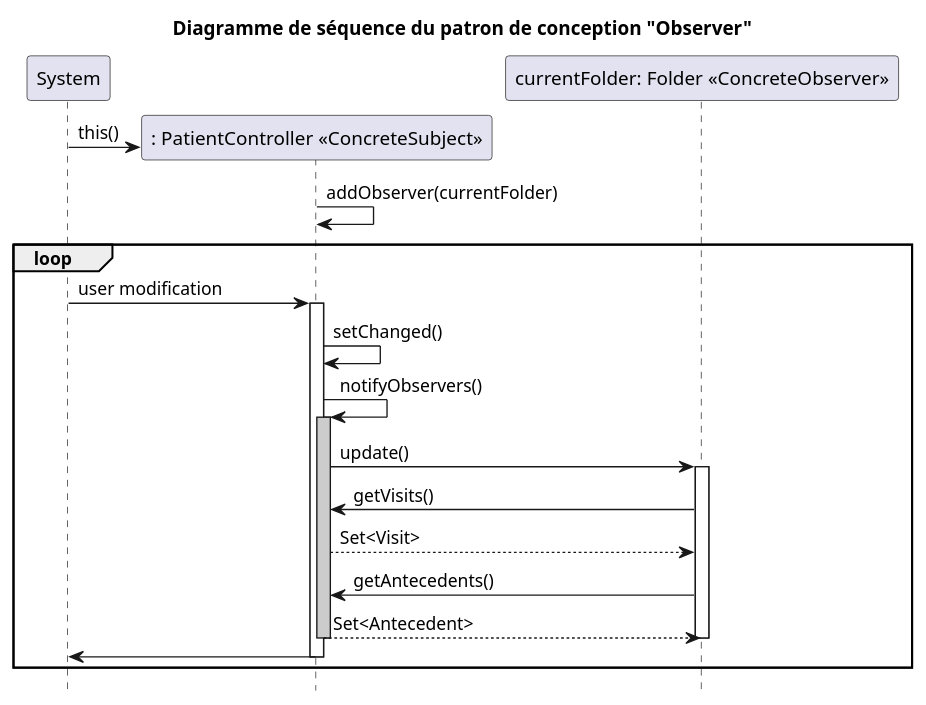
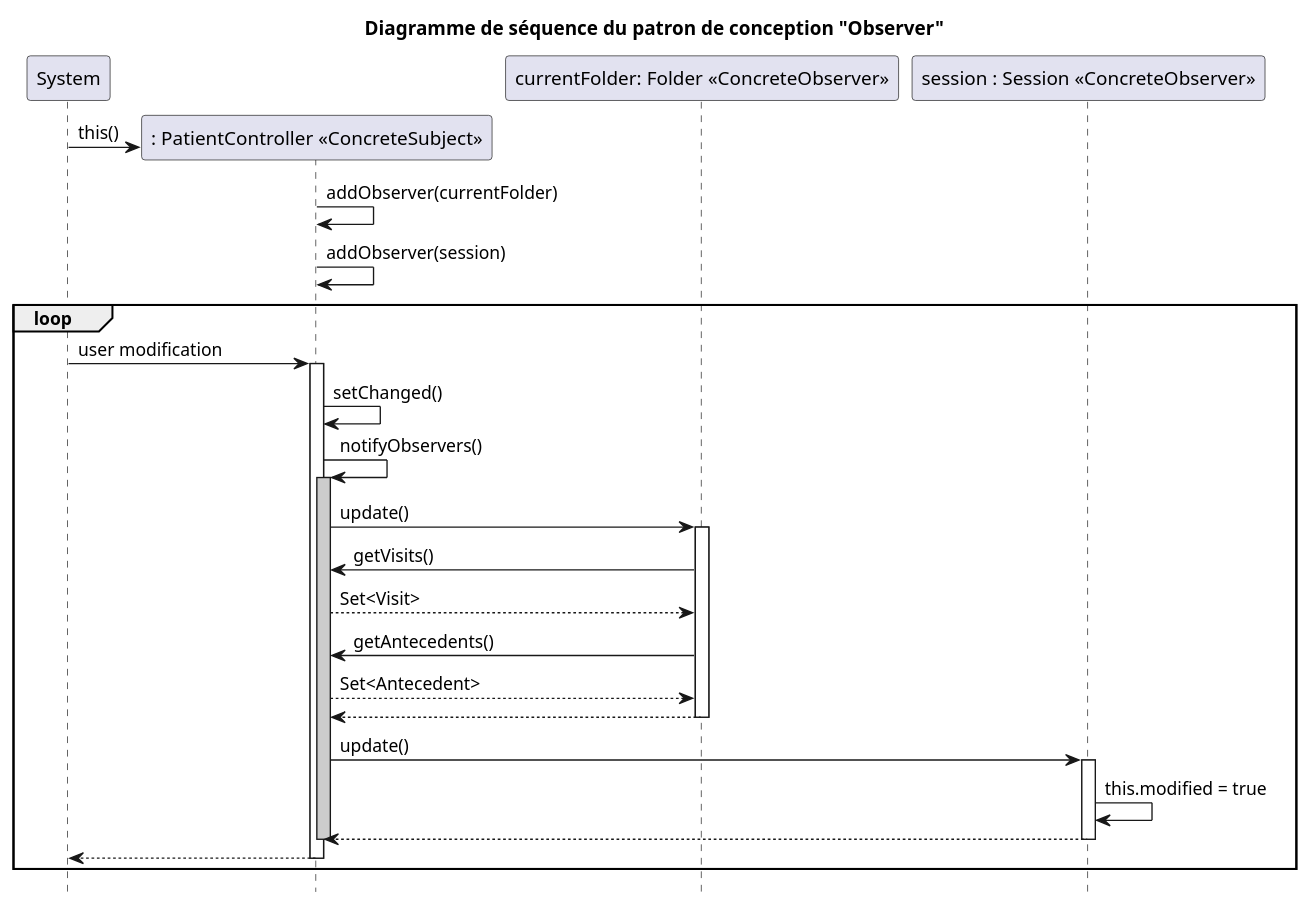
One commit to fethiuqam/INF5153-Projet-Session changed the diagram in models/Diagramme_Pattern/Pattern_observer/sequence_diagram.puml. Above: the diagram before and after it, drawn with PlantUML. The commit also changed 14 other files, not shown here.

Commit message:
mise a jour des diagrammes des patern

```diff
--- a/models/Diagramme_Pattern/Pattern_observer/sequence_diagram.puml
+++ b/models/Diagramme_Pattern/Pattern_observer/sequence_diagram.puml
@@ -1,39 +1,53 @@
 @startuml
 
 hide footbox
 title Diagramme de séquence du patron de conception "Observer"
 
 participant System
 create participant ": PatientController <<ConcreteSubject>>" as CS
 System -> CS : this()
 
 
 participant "currentFolder: Folder <<ConcreteObserver>>" as O1
+participant "session : Session <<ConcreteObserver>>" as O2
+
 
 CS -> CS: addObserver(currentFolder)
+CS -> CS: addObserver(session)
+
 
 loop
 
 System -> CS: user modification
 
 activate CS
 CS -> CS: setChanged()
 CS -> CS: notifyObservers()
 activate CS  #CCCCCC
 CS -> O1: update()
 activate O1
 O1 -> CS: getVisits()
 CS --> O1 : Set<Visit>
 O1 -> CS: getAntecedents()
 CS --> O1 : Set<Antecedent>
+O1 --> CS
 deactivate O1
+
+CS -> O2: update()
+
+activate O2
+O2 -> O2: this.modified = true
+O2 --> CS
+deactivate O2
+
+
 deactivate CS
-System <- CS
+CS --> System
 deactivate CS
 
 end
 
 
 
 
 @enduml
```
